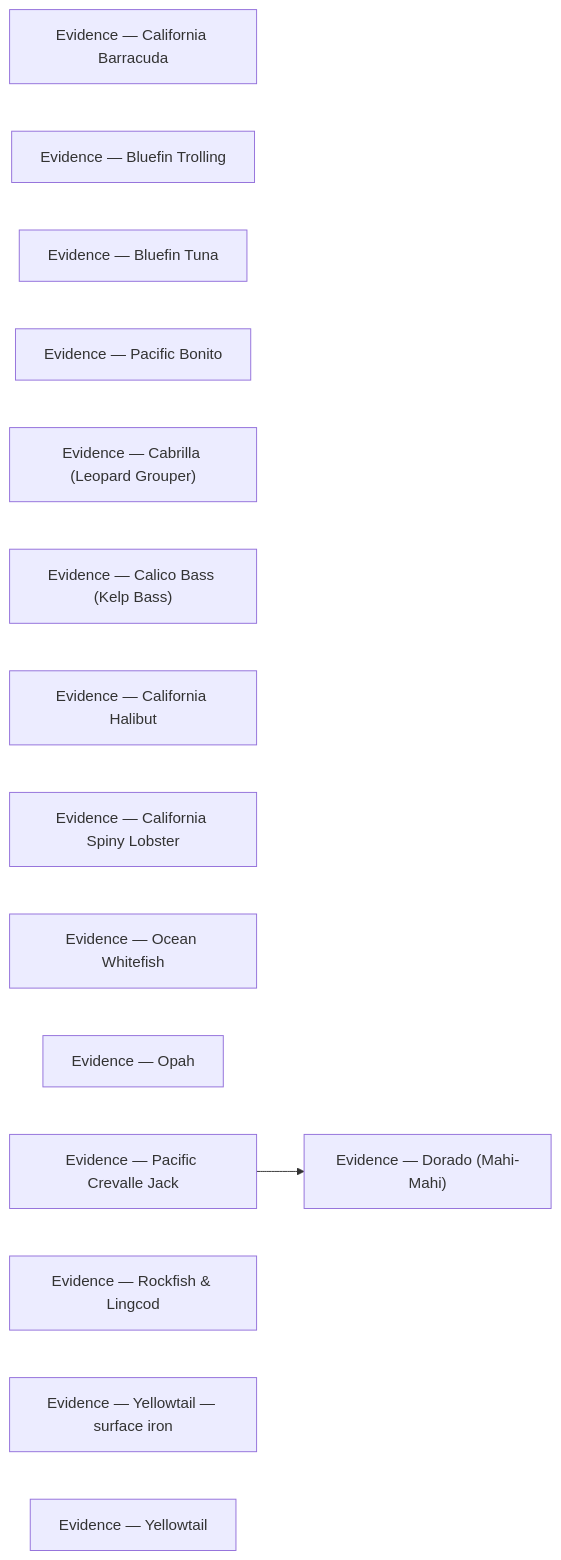
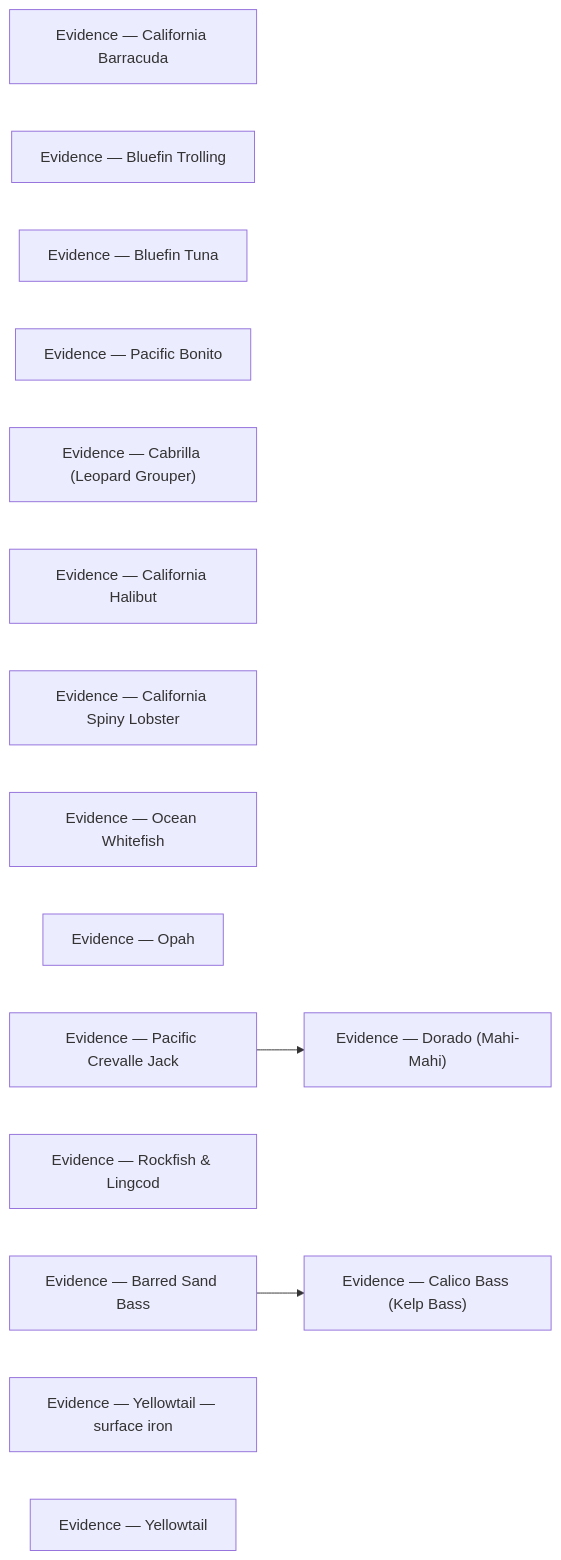
One commit to camchuckpete-max/Socal-Fishing-Knowledge changed the diagram in species/evidence/README.md. Above: the diagram before and after it, drawn with Mermaid. The commit also changed other lines of this file and 14 other files, not shown here.

Commit message:
review: species/sand-bass.md — transform

````diff
--- a/species/evidence/README.md
+++ b/species/evidence/README.md
@@ -28,19 +29,21 @@
 ```mermaid
 graph LR
   n0["Evidence — California Barracuda"]
   n1["Evidence — Bluefin Trolling"]
   n2["Evidence — Bluefin Tuna"]
   n3["Evidence — Pacific Bonito"]
   n4["Evidence — Cabrilla (Leopard Grouper)"]
   n5["Evidence — Calico Bass (Kelp Bass)"]
   n6["Evidence — California Halibut"]
   n7["Evidence — California Spiny Lobster"]
   n8["Evidence — Dorado (Mahi-Mahi)"]
   n9["Evidence — Ocean Whitefish"]
   n10["Evidence — Opah"]
   n11["Evidence — Pacific Crevalle Jack"]
   n12["Evidence — Rockfish & Lingcod"]
-  n13["Evidence — Yellowtail — surface iron"]
-  n14["Evidence — Yellowtail"]
+  n13["Evidence — Barred Sand Bass"]
+  n14["Evidence — Yellowtail — surface iron"]
+  n15["Evidence — Yellowtail"]
   n11 --> n8
+  n13 --> n5
 ```
````
